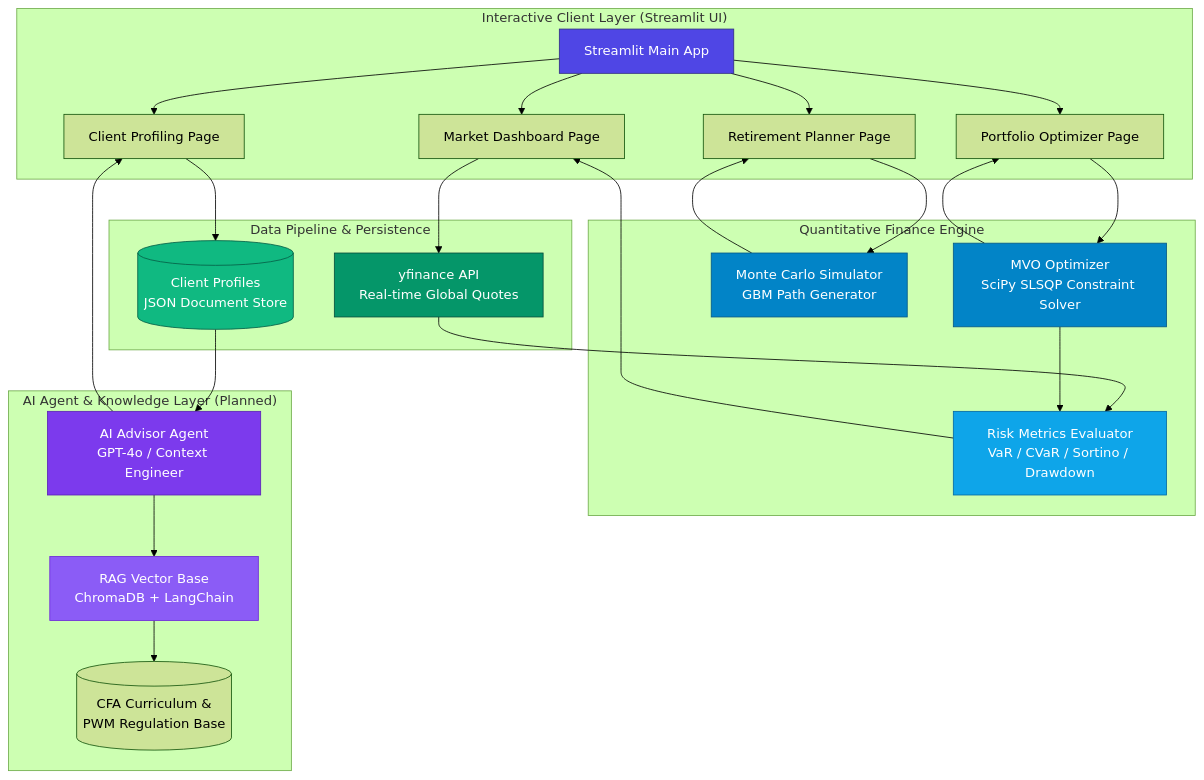
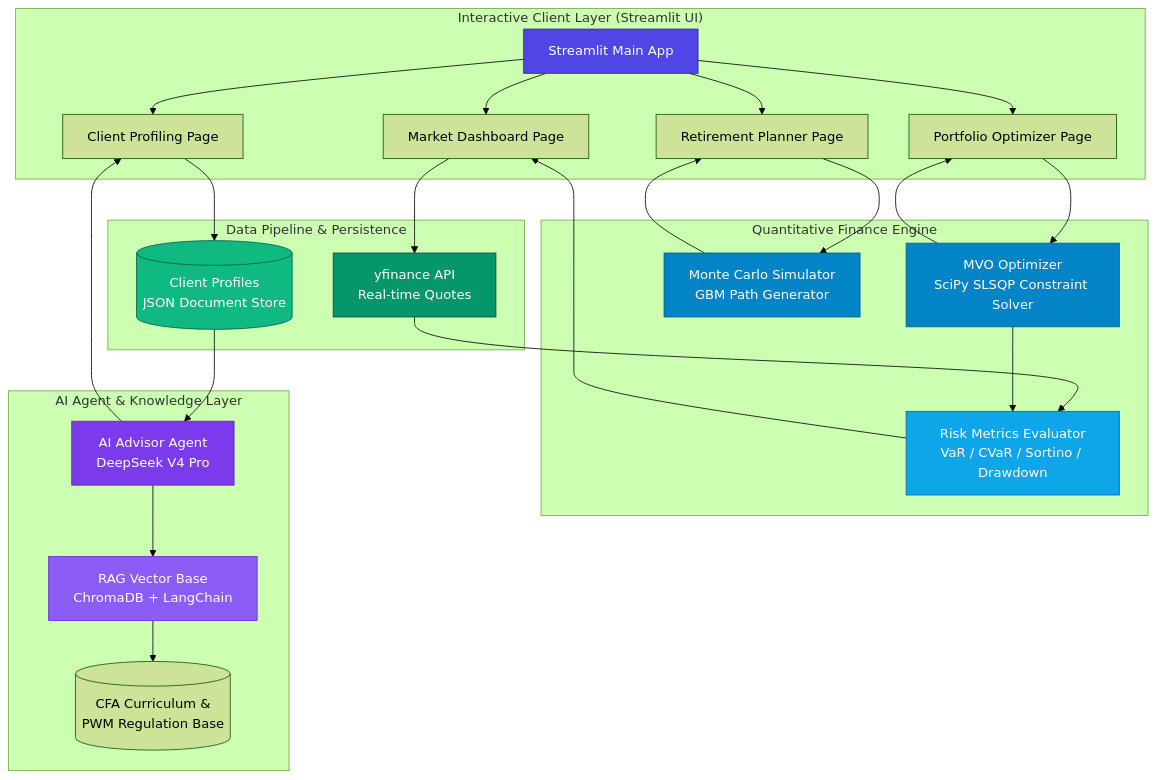
One commit to Michelia-L/AI-WealthPilot changed the diagram in README.md. Above: the diagram before and after it, drawn with Mermaid (forest theme). The commit also changed other lines of this file and 3 other files, not shown here.

````diff
--- a/README.md
+++ b/README.md
@@ -48,62 +58,62 @@
 ```mermaid
 graph TB
     subgraph UI_Layer ["Interactive Client Layer (Streamlit UI)"]
         UI[Streamlit Main App]
         P1[Market Dashboard Page]
         P2[Portfolio Optimizer Page]
         P3[Retirement Planner Page]
         P4[Client Profiling Page]
     end
 
     subgraph Quant_Engine ["Quantitative Finance Engine"]
         MVO[MVO Optimizer<br/>SciPy SLSQP Constraint Solver]
         MC[Monte Carlo Simulator<br/>GBM Path Generator]
         RM[Risk Metrics Evaluator<br/>VaR / CVaR / Sortino / Drawdown]
     end
 
-    subgraph AI_Layer ["AI Agent & Knowledge Layer (Planned)"]
-        Agent[AI Advisor Agent<br/>GPT-4o / Context Engineer]
+    subgraph AI_Layer ["AI Agent & Knowledge Layer"]
+        Agent[AI Advisor Agent<br/>DeepSeek V4 Pro]
         RAG[RAG Vector Base<br/>ChromaDB + LangChain]
         CFA_KB[(CFA Curriculum &<br/>PWM Regulation Base)]
     end
 
     subgraph Data_Layer ["Data Pipeline & Persistence"]
-        YF[yfinance API<br/>Real-time Global Quotes]
+        YF[yfinance API<br/>Real-time Quotes]
         JSON_DB[(Client Profiles<br/>JSON Document Store)]
     end
 
     %% UI Routing
     UI --> P1 & P2 & P3 & P4
 
     %% Market Data Flow
     P1 --> YF
     YF --> RM
     RM --> P1
 
     %% Optimizer Flow
     P2 --> MVO
     MVO --> RM
     MVO --> P2
 
     %% Monte Carlo Flow
     P3 --> MC
     MC --> P3
 
     %% Profiling Flow
     P4 --> JSON_DB
     JSON_DB --> Agent
 
     %% AI Agent & RAG Flow
     Agent --> RAG
     RAG --> CFA_KB
     Agent --> P4
     
     style UI fill:#4f46e5,stroke:#312e81,color:#fff
     style MVO fill:#0284c7,stroke:#075985,color:#fff
     style MC fill:#0284c7,stroke:#075985,color:#fff
     style RM fill:#0ea5e9,stroke:#0369a1,color:#fff
     style Agent fill:#7c3aed,stroke:#5b21b6,color:#fff
     style RAG fill:#8b5cf6,stroke:#6d28d9,color:#fff
     style YF fill:#059669,stroke:#064e3b,color:#fff
     style JSON_DB fill:#10b981,stroke:#065f46,color:#fff
 ```
````
